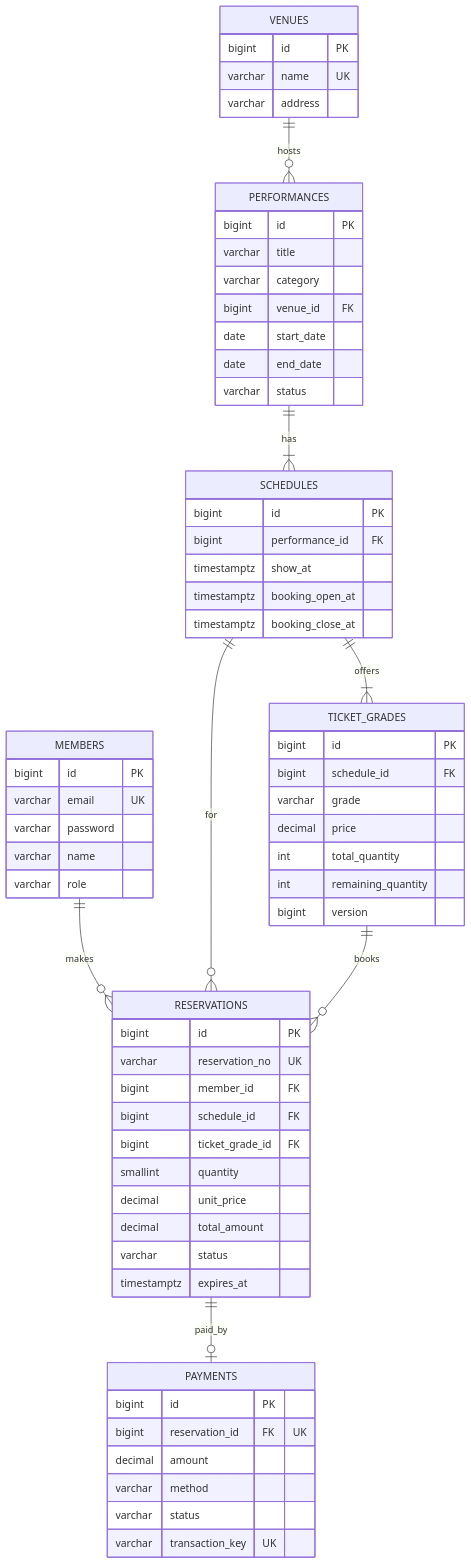
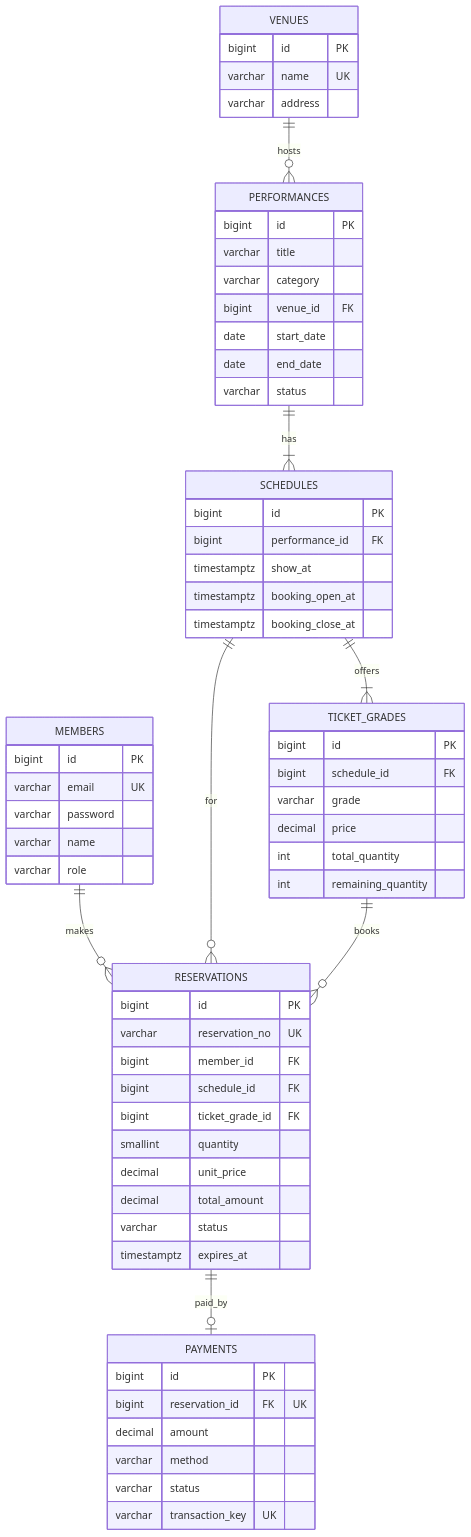
One commit to flyingRKO/TIKKIT changed the first of 2 diagrams in docs/ERD.md. Above: the diagram before and after it, drawn with Mermaid. The commit also changed other lines of this file and 14 other files, not shown here.

````diff
--- a/docs/ERD.md
+++ b/docs/ERD.md
@@ -111,68 +111,67 @@
 ```mermaid
 erDiagram
     VENUES ||--o{ PERFORMANCES : hosts
     MEMBERS ||--o{ RESERVATIONS : makes
     PERFORMANCES ||--|{ SCHEDULES : has
     SCHEDULES ||--|{ TICKET_GRADES : offers
     SCHEDULES ||--o{ RESERVATIONS : for
     TICKET_GRADES ||--o{ RESERVATIONS : books
     RESERVATIONS ||--o| PAYMENTS : paid_by
 
     VENUES {
         bigint id PK
         varchar name UK
         varchar address
     }
     MEMBERS {
         bigint id PK
         varchar email UK
         varchar password
         varchar name
         varchar role
     }
     PERFORMANCES {
         bigint id PK
         varchar title
         varchar category
         bigint venue_id FK
         date start_date
         date end_date
         varchar status
     }
     SCHEDULES {
         bigint id PK
         bigint performance_id FK
         timestamptz show_at
         timestamptz booking_open_at
         timestamptz booking_close_at
     }
     TICKET_GRADES {
         bigint id PK
         bigint schedule_id FK
         varchar grade
         decimal price
         int total_quantity
         int remaining_quantity
-        bigint version
     }
     RESERVATIONS {
         bigint id PK
         varchar reservation_no UK
         bigint member_id FK
         bigint schedule_id FK
         bigint ticket_grade_id FK
         smallint quantity
         decimal unit_price
         decimal total_amount
         varchar status
         timestamptz expires_at
     }
     PAYMENTS {
         bigint id PK
         bigint reservation_id FK "UK"
         decimal amount
         varchar method
         varchar status
         varchar transaction_key UK
     }
 ```
````
